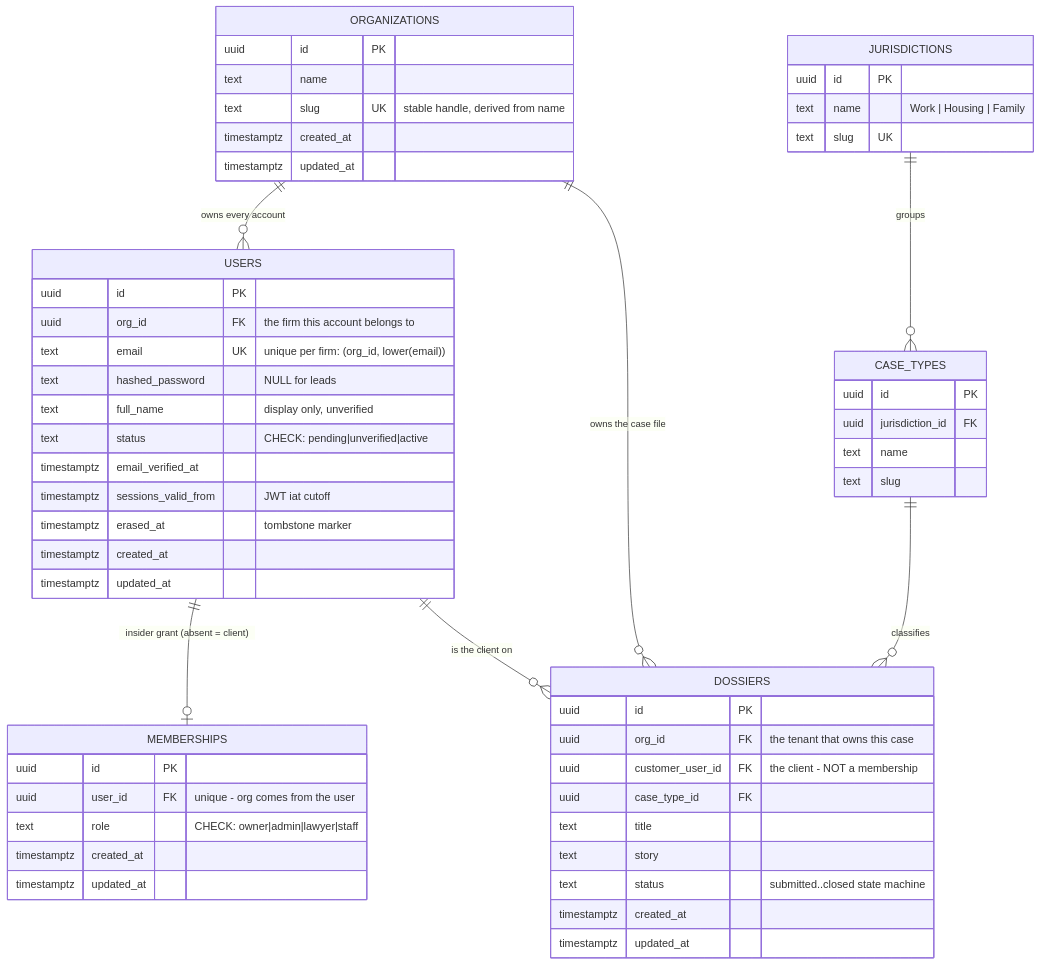
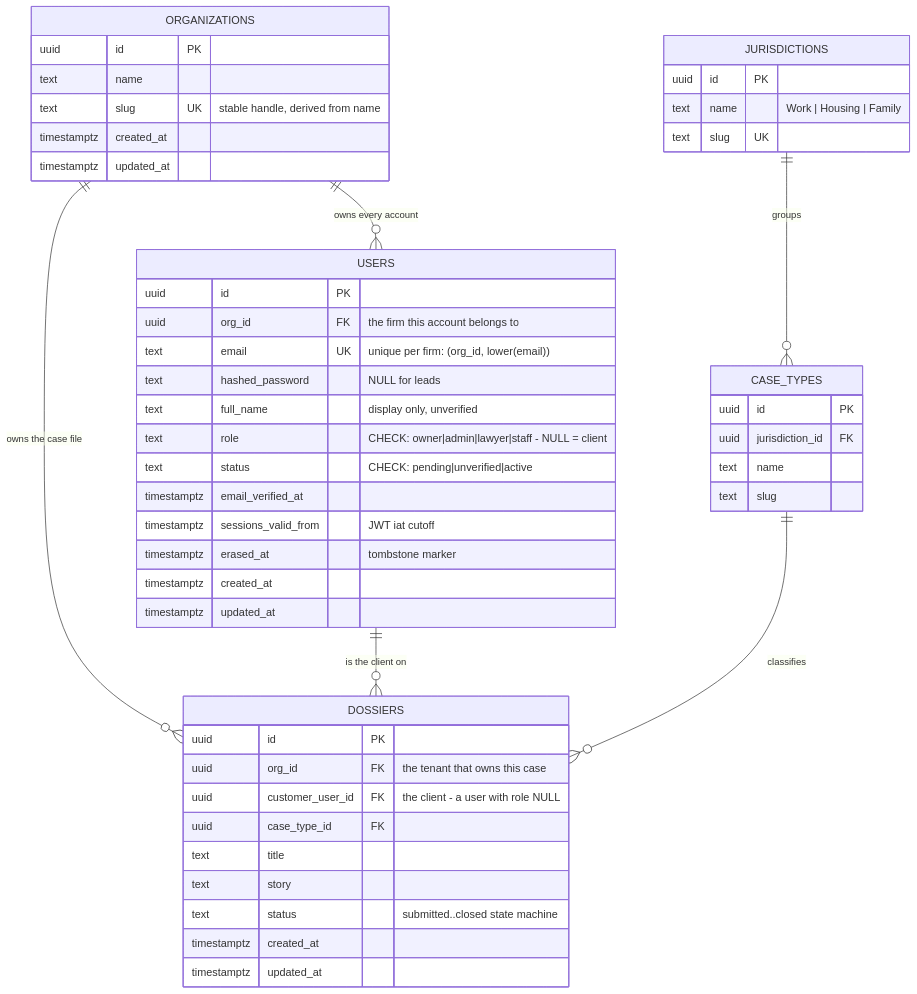
The diagram in docs/schema.md (machadojoy/case-pilot), drawn with Mermaid before and after one commit. The commit also changed other lines of this file and 7 other files, not shown here.

First line of the commit message:
docs: collapse Membership into users.role (#24)

````diff
--- a/docs/schema.md
+++ b/docs/schema.md
@@ -10,64 +10,56 @@
 ```mermaid
 erDiagram
     ORGANIZATIONS {
         uuid id PK
         text name
         text slug UK "stable handle, derived from name"
         timestamptz created_at
         timestamptz updated_at
     }
 
     USERS {
         uuid id PK
         uuid org_id FK "the firm this account belongs to"
         text email UK "unique per firm: (org_id, lower(email))"
         text hashed_password "NULL for leads"
         text full_name "display only, unverified"
+        text role "CHECK: owner|admin|lawyer|staff - NULL = client"
         text status "CHECK: pending|unverified|active"
         timestamptz email_verified_at
         timestamptz sessions_valid_from "JWT iat cutoff"
         timestamptz erased_at "tombstone marker"
         timestamptz created_at
         timestamptz updated_at
     }
 
-    MEMBERSHIPS {
-        uuid id PK
-        uuid user_id FK "unique - org comes from the user"
-        text role "CHECK: owner|admin|lawyer|staff"
-        timestamptz created_at
-        timestamptz updated_at
-    }
-
     DOSSIERS {
         uuid id PK
         uuid org_id FK "the tenant that owns this case"
-        uuid customer_user_id FK "the client - NOT a membership"
+        uuid customer_user_id FK "the client - a user with role NULL"
         uuid case_type_id FK
         text title
         text story
         text status "submitted..closed state machine"
         timestamptz created_at
         timestamptz updated_at
     }
 
     JURISDICTIONS {
         uuid id PK
         text name "Work | Housing | Family"
         text slug UK
     }
 
     CASE_TYPES {
         uuid id PK
         uuid jurisdiction_id FK
         text name
         text slug
     }
 
     ORGANIZATIONS ||--o{ USERS       : "owns every account"
-    USERS         ||--o| MEMBERSHIPS : "insider grant (absent = client)"
     ORGANIZATIONS ||--o{ DOSSIERS    : "owns the case file"
     USERS         ||--o{ DOSSIERS    : "is the client on"
     JURISDICTIONS ||--o{ CASE_TYPES  : "groups"
     CASE_TYPES    ||--o{ DOSSIERS    : "classifies"
 ```
````
